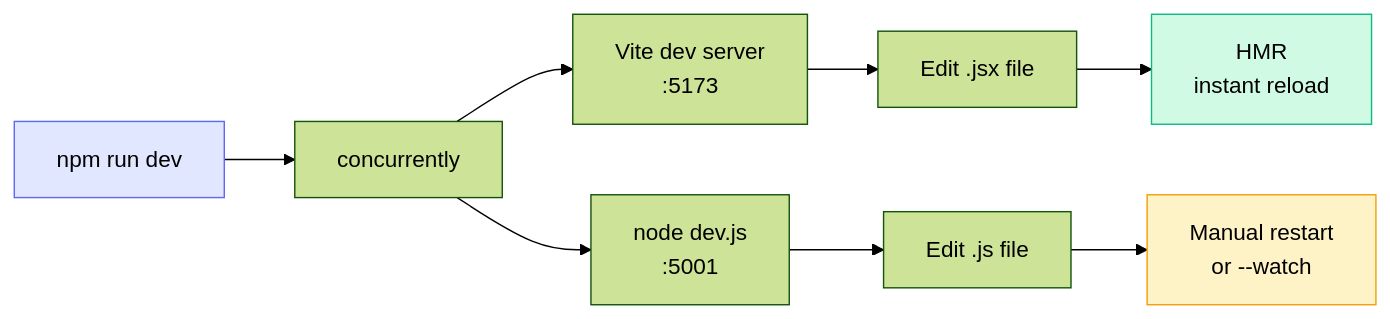
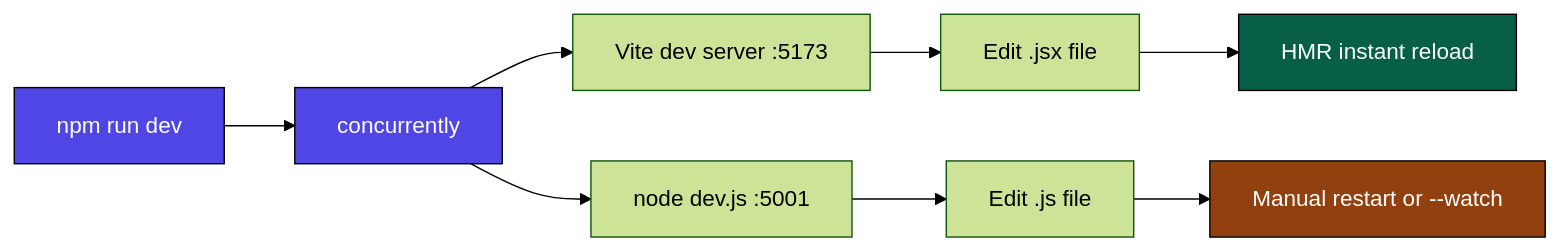
The third of 7 diagrams in docs/build-architecture.md (ahmadkhalil2021/fullstack-task-board), drawn with Mermaid (forest theme) before and after one commit. The commit also changed other lines of this file, not shown here.

First line of the commit message:
Force dark backgrounds + white text in all Mermaid diagrams

````diff
--- a/docs/build-architecture.md
+++ b/docs/build-architecture.md
@@ -98,17 +103,18 @@
 ```mermaid
 flowchart LR
     A[npm run dev] --> B[concurrently]
-    B --> C[Vite dev server<br/>:5173]
-    B --> D[node dev.js<br/>:5001]
+    B --> C[Vite dev server :5173]
+    B --> D[node dev.js :5001]
     C --> E[Edit .jsx file]
-    E --> F[HMR<br/>instant reload]
+    E --> F[HMR instant reload]
     D --> G[Edit .js file]
-    G --> H[Manual restart<br/>or --watch]
+    G --> H[Manual restart or --watch]
 
-    classDef inputNode fill:#e0e7ff,stroke:#6366f1
-    classDef outputNode fill:#d1fae5,stroke:#10b981
-    classDef warnNode fill:#fef3c7,stroke:#f59e0b
-    class A inputNode
-    class F outputNode
+    classDef inputNode fill:#4f46e5,stroke:#000,color:#fff
+    classDef okNode fill:#065f46,stroke:#000,color:#fff
+    classDef warnNode fill:#92400e,stroke:#000,color:#fff
+    class A,B inputNode
+    class C,D,E,G leafNode
+    class F okNode
     class H warnNode
 ```
````
